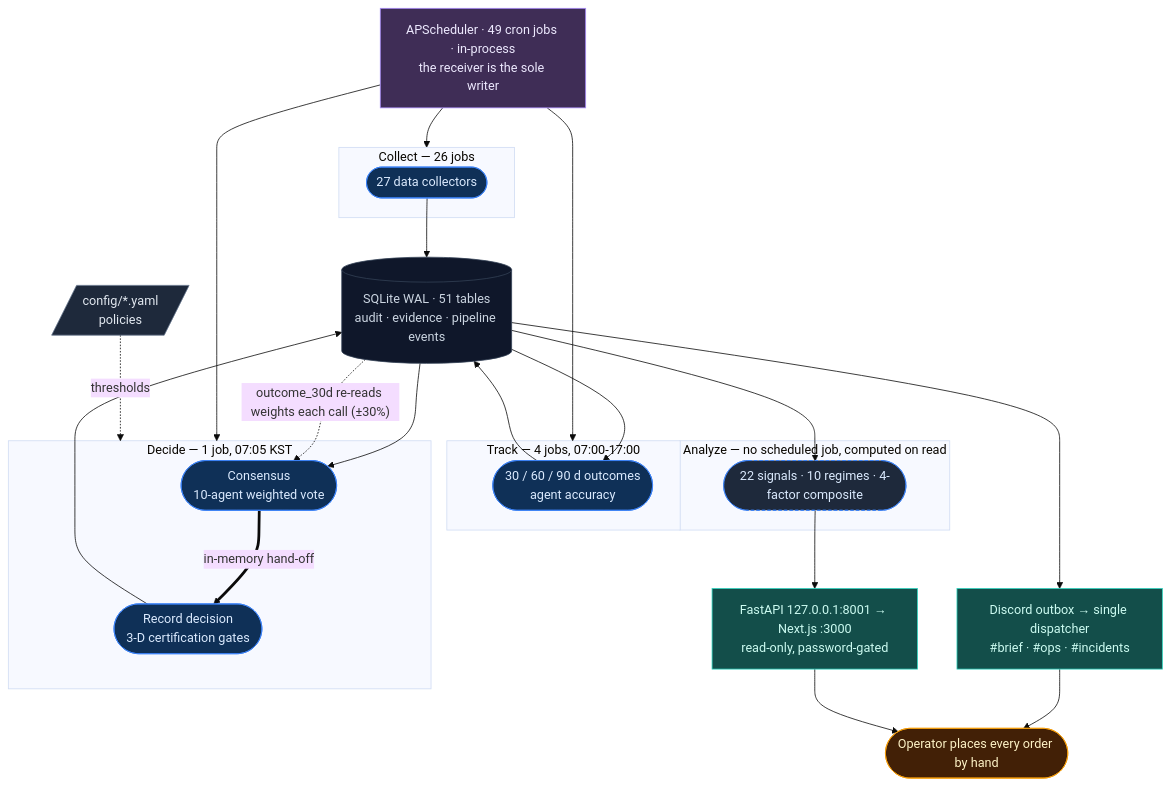
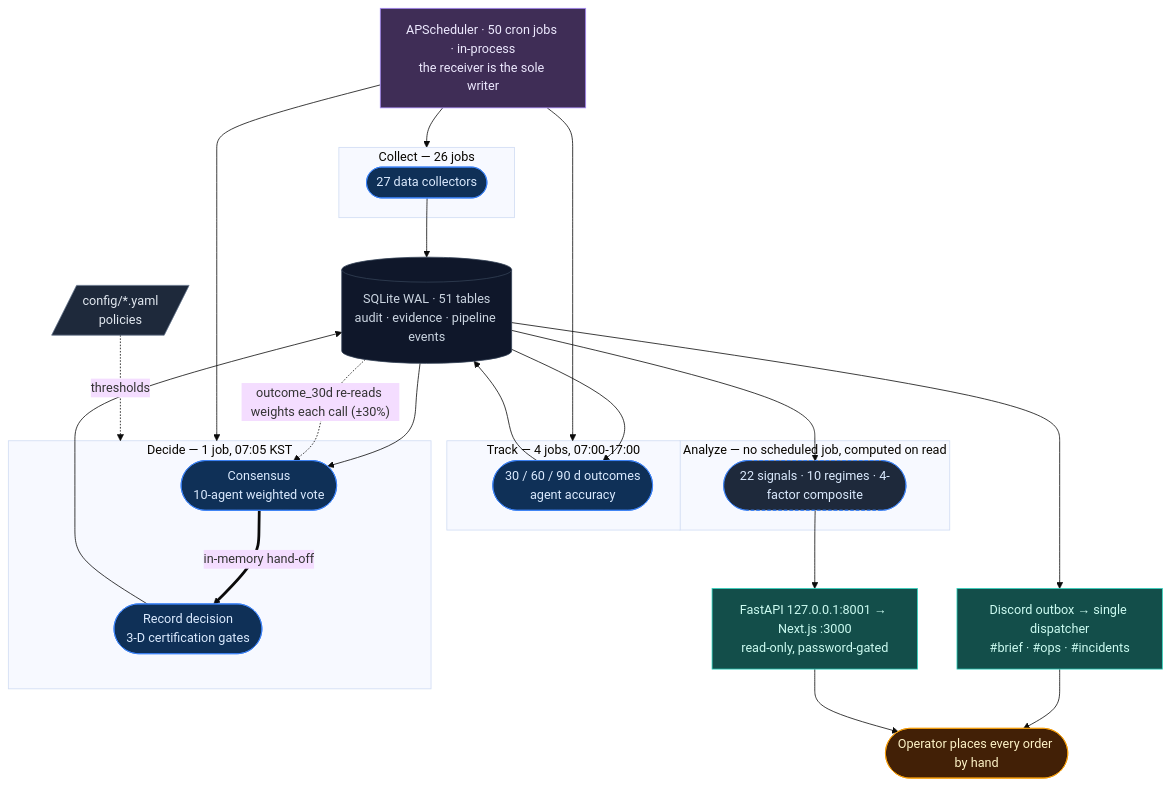
The diagram in README.md (researcherhojin/nuri-quant), drawn with Mermaid (base theme) before and after one commit. The commit also changed other lines of this file and 4 other files, not shown here.

````diff
--- a/README.md
+++ b/README.md
@@ -55,53 +55,53 @@
 ```mermaid
 flowchart TB
-    SCHED["APScheduler · 49 cron jobs · in-process<br/>the receiver is the sole writer"]:::driver
+    SCHED["APScheduler · 50 cron jobs · in-process<br/>the receiver is the sole writer"]:::driver
     CFG[/"config/*.yaml<br/>policies"/]:::source
 
     subgraph Collect["Collect — 26 jobs"]
         COL(["27 data collectors"]):::pipe
     end
     subgraph Decide["Decide — 1 job, 07:05 KST"]
         CON(["Consensus<br/>10-agent weighted vote"]):::pipe
         CER(["Record decision<br/>3-D certification gates"]):::pipe
         CON ==>|in-memory hand-off| CER
     end
     subgraph Track["Track — 4 jobs, 07:00-17:00"]
         TRK(["30 / 60 / 90 d outcomes<br/>agent accuracy"]):::pipe
     end
     subgraph Analyze["Analyze — no scheduled job, computed on read"]
         ANA(["22 signals · 10 regimes · 4-factor composite"]):::lazy
     end
 
     DB[("SQLite WAL · 51 tables<br/>audit · evidence · pipeline events")]:::sink
 
     SCHED --> Collect
     SCHED --> Decide
     SCHED --> Track
     CFG -. thresholds .-> Decide
 
     COL --> DB
     DB --> CON
     CER --> DB
     DB --> TRK
     TRK --> DB
     DB -. "outcome_30d re-reads weights each call (±30%)" .-> CON
 
     DB --> ANA
     ANA --> READ
     DB --> BRIEF
 
     BRIEF["Discord outbox → single dispatcher<br/>#brief · #ops · #incidents"]:::out
     READ["FastAPI 127.0.0.1:8001 → Next.js :3000<br/>read-only, password-gated"]:::out
     USER(["Operator places every order by hand"]):::user
 
     BRIEF --> USER
     READ --> USER
 
     classDef driver fill:#3f2d56,stroke:#a78bfa,color:#ede9fe
     classDef source fill:#1e293b,stroke:#64748b,color:#e2e8f0
     classDef pipe   fill:#0f3057,stroke:#3b82f6,color:#dbeafe
     classDef lazy   fill:#1e293b,stroke:#3b82f6,color:#dbeafe,stroke-dasharray: 4 3
     classDef sink   fill:#0f172a,stroke:#334155,color:#cbd5e1
     classDef out    fill:#134e4a,stroke:#2dd4bf,color:#ccfbf1
     classDef user   fill:#422006,stroke:#f59e0b,color:#fef3c7
 ```
````
